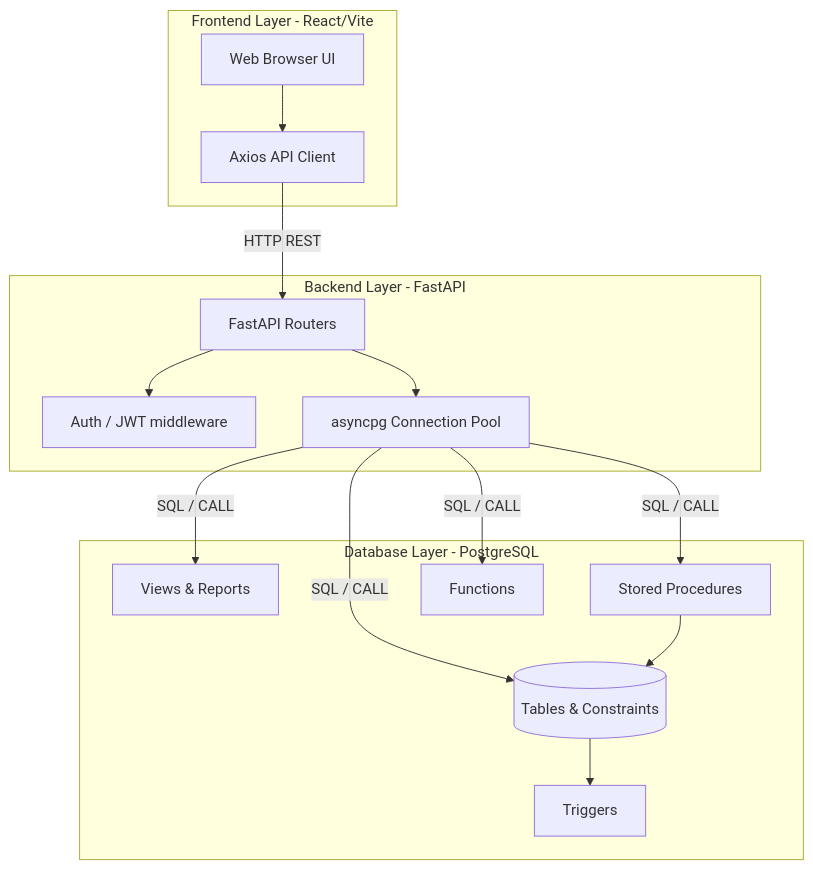
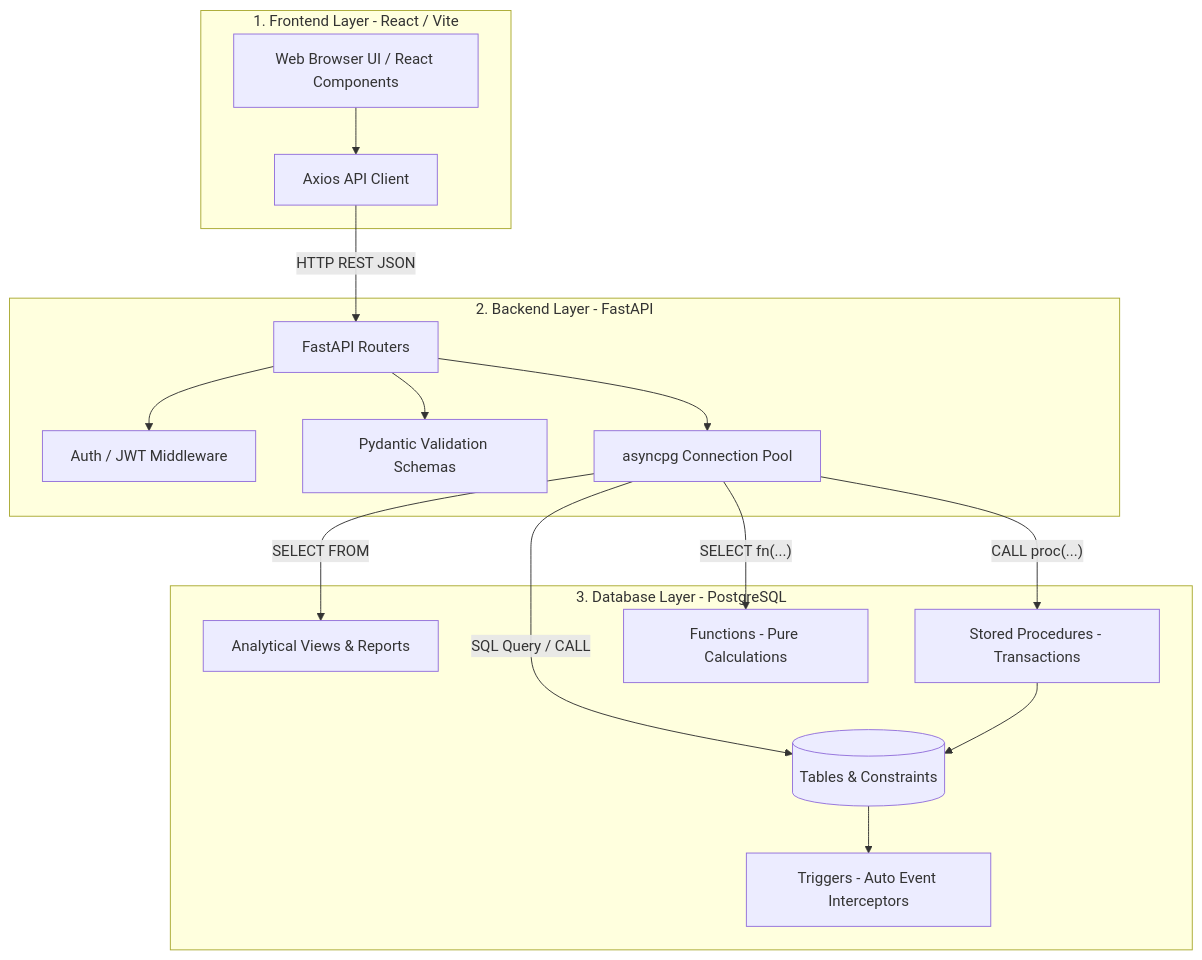
The first of 2 diagrams in docs/work/architecture.md (SithumDFernando/Hotel_Management_System_DB_G33), drawn with Mermaid before and after one commit. The commit also changed other lines of this file and 8 other files, not shown here.

````diff
--- a/docs/work/architecture.md
+++ b/docs/work/architecture.md
@@ -7,34 +28,36 @@
 ```mermaid
 graph TD
-    subgraph Frontend [Frontend Layer - React/Vite]
-        UI[Web Browser UI]
+    subgraph Frontend [1. Frontend Layer - React / Vite]
+        UI[Web Browser UI / React Components]
         API_C[Axios API Client]
         UI --> API_C
     end
 
-    subgraph Backend [Backend Layer - FastAPI]
+    subgraph Backend [2. Backend Layer - FastAPI]
         ROUTERS[FastAPI Routers]
-        AUTH[Auth / JWT middleware]
+        AUTH[Auth / JWT Middleware]
+        PYD[Pydantic Validation Schemas]
         DB_POOL[asyncpg Connection Pool]
         
-        API_C -- HTTP REST --> ROUTERS
+        API_C -- HTTP REST JSON --> ROUTERS
         ROUTERS --> AUTH
+        ROUTERS --> PYD
         ROUTERS --> DB_POOL
     end
 
-    subgraph Database [Database Layer - PostgreSQL]
+    subgraph Database [3. Database Layer - PostgreSQL]
         TABLES[(Tables & Constraints)]
-        VIEWS[Views & Reports]
-        PROC[Stored Procedures]
-        FUNC[Functions]
-        TRIG[Triggers]
+        VIEWS[Analytical Views & Reports]
+        PROC[Stored Procedures - Transactions]
+        FUNC[Functions - Pure Calculations]
+        TRIG[Triggers - Auto Event Interceptors]
         
-        DB_POOL -- SQL / CALL --> TABLES
-        DB_POOL -- SQL / CALL --> VIEWS
-        DB_POOL -- SQL / CALL --> PROC
-        DB_POOL -- SQL / CALL --> FUNC
+        DB_POOL -- SQL Query / CALL --> TABLES
+        DB_POOL -- SELECT FROM --> VIEWS
+        DB_POOL -- CALL proc(...) --> PROC
+        DB_POOL -- SELECT fn(...) --> FUNC
         
         PROC --> TABLES
         TABLES --> TRIG
     end
 ```
````
